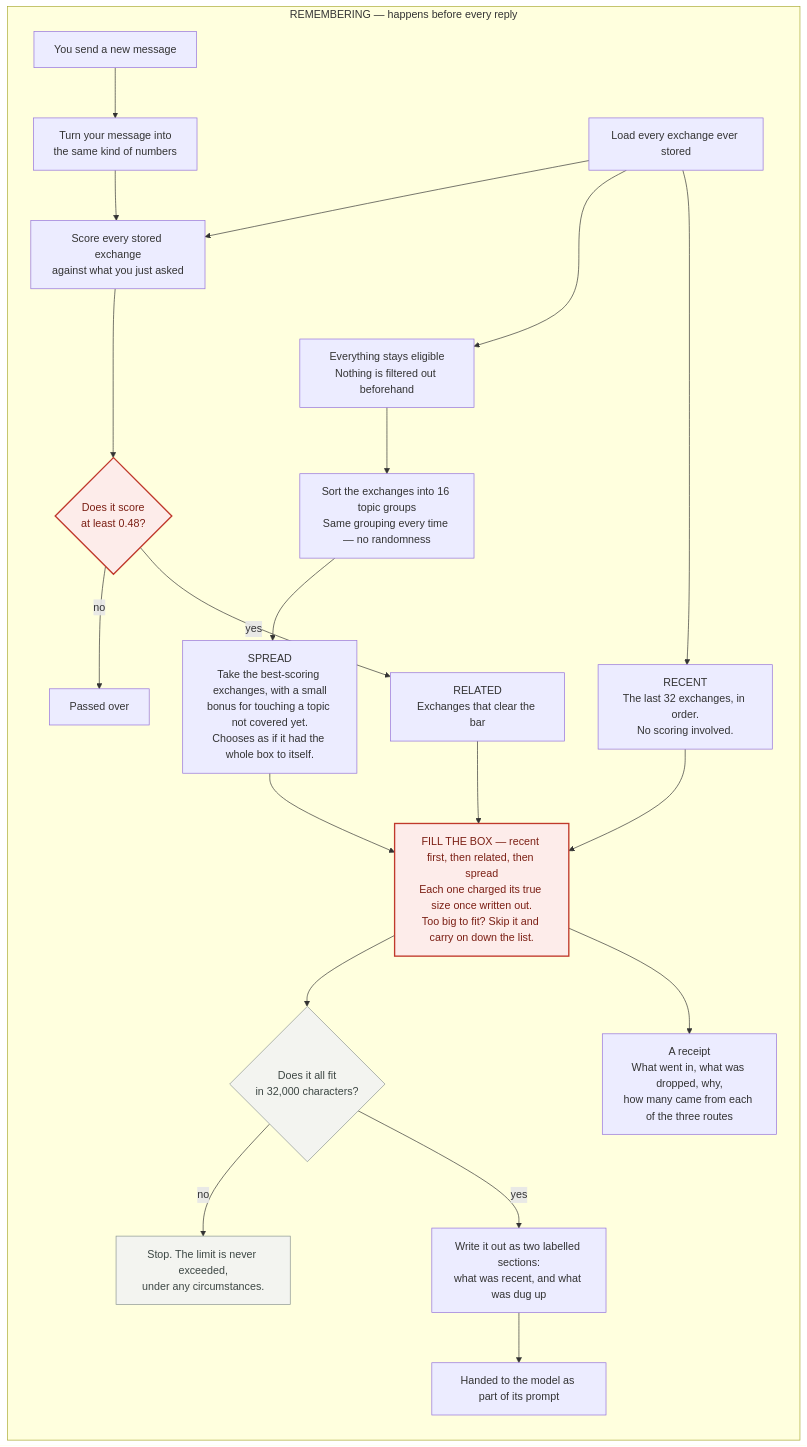
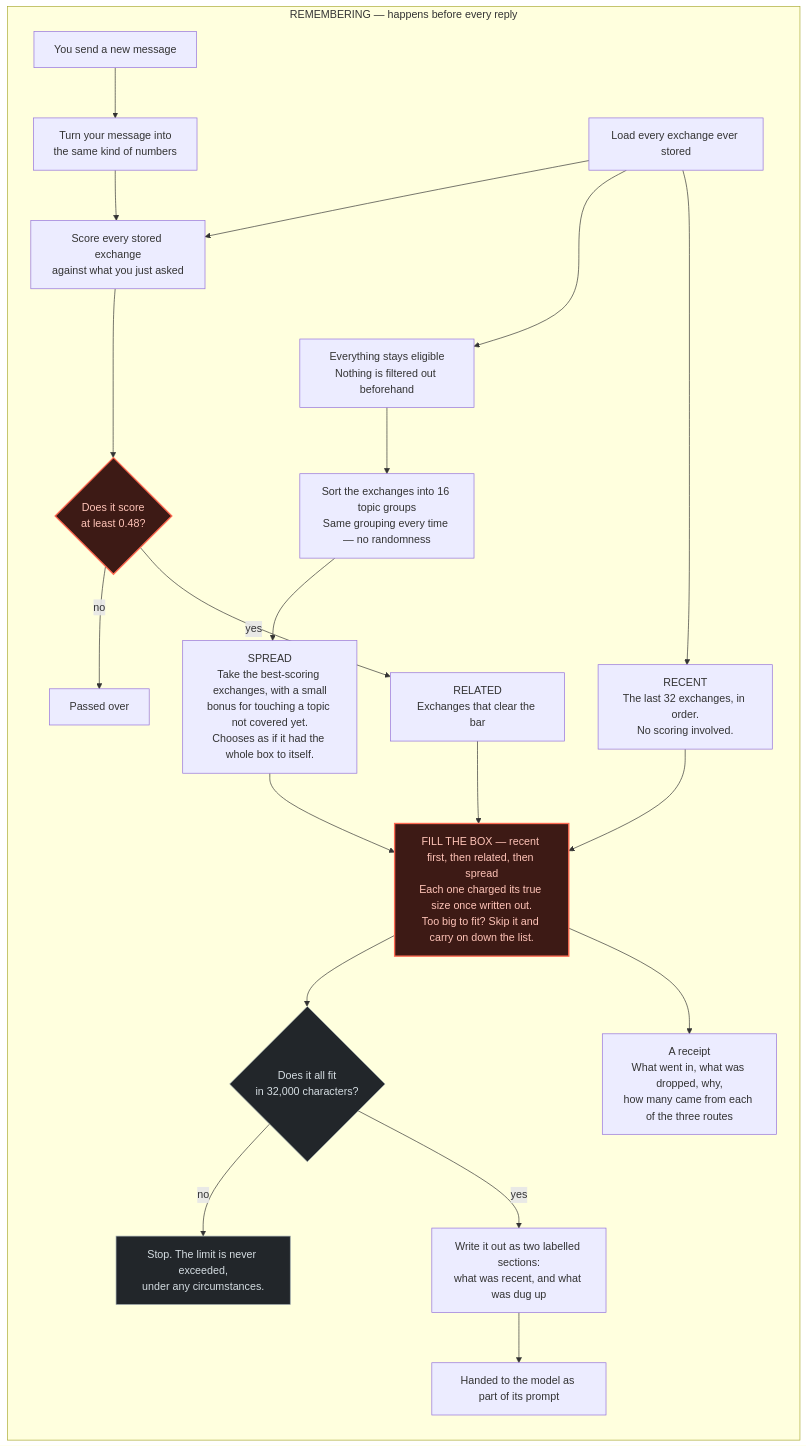
The diagram in docs/diagrams/how_it_works_remembering.mmd (IdrisAppliedAIResearch/contextDecayWindow), drawn with Mermaid before and after one commit. The commit also changed 4 other files, not shown here.

First line of the commit message:
Diagrams: dark canvas, and the styles moved to the file that owns the nodes

```diff
--- a/docs/diagrams/how_it_works_remembering.mmd
+++ b/docs/diagrams/how_it_works_remembering.mmd
@@ -1,40 +1,38 @@
 flowchart TD
 
     subgraph READ["REMEMBERING — happens before every reply"]
         direction TB
         Q["You send a new message"] --> QE["Turn your message into<br/>the same kind of numbers"]
         ALL["Load every exchange ever stored"]
         QE --> REL["Score every stored exchange<br/>against what you just asked"]
         ALL --> REL
 
         REL --> KTEST{"Does it score<br/>at least 0.48?"}
         ALL --> POOL["Everything stays eligible<br/>Nothing is filtered out beforehand"]
         REL ~~~ POOL
 
         KTEST -->|"no"| KDROP["Passed over"]
         POOL --> CLUST["Sort the exchanges into 16 topic groups<br/>Same grouping every time — no randomness"]
 
         ALL --> TIERN["RECENT<br/>The last 32 exchanges, in order.<br/>No scoring involved."]
         KTEST -->|"yes"| TIERK["RELATED<br/>Exchanges that clear the bar"]
         CLUST --> A3["SPREAD<br/>Take the best-scoring exchanges, with a small<br/>bonus for touching a topic not covered yet.<br/>Chooses as if it had the whole box to itself."]
         CLUST ~~~ TIERN
         CLUST ~~~ TIERK
 
         TIERN --> PACK
         TIERK --> PACK
         A3 --> PACK["FILL THE BOX — recent first, then related, then spread<br/>Each one charged its true size once written out.<br/>Too big to fit? Skip it and carry on down the list."]
 
         PACK --> CEIL{"Does it all fit<br/>in 32,000 characters?"}
         CEIL -->|"no"| ERR["Stop. The limit is never exceeded,<br/>under any circumstances."]
         CEIL -->|"yes"| RENDER["Write it out as two labelled sections:<br/>what was recent, and what was dug up"]
         RENDER --> OUT["Handed to the model as part of its prompt"]
         PACK --> REP["A receipt<br/>What went in, what was dropped, why,<br/>how many came from each of the three routes"]
     end
 
-    classDef broken fill:#fdecea,stroke:#c0392b,stroke-width:2px,color:#7b1f14;
-    classDef store fill:#eef2f7,stroke:#41689a,color:#1e3a5f;
-    classDef guard fill:#f3f4f0,stroke:#8a9490,color:#3d4744;
+    classDef broken fill:#3d1a15,stroke:#ff6b52,stroke-width:2px,color:#ffc4b8;
+    classDef guard fill:#22262a,stroke:#9aa5ab,color:#d5dde2;
 
     class KTEST,PACK broken;
-    class STORE store;
-    class GATE,CEIL,HALT,ERR guard;
+    class CEIL,ERR guard;
```
